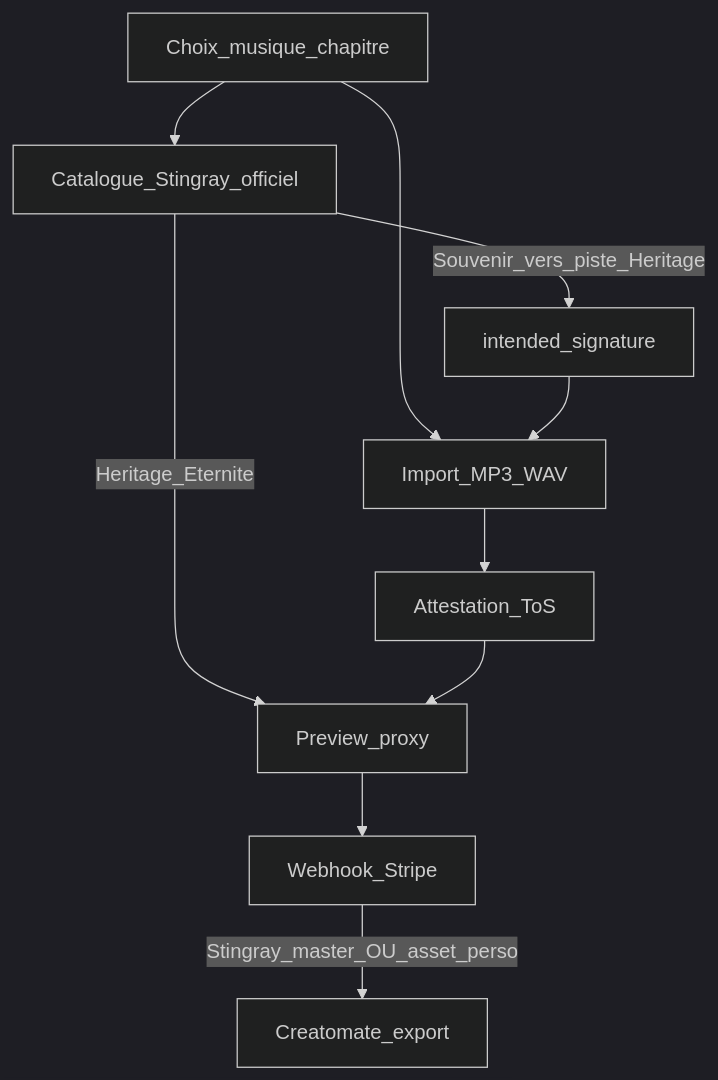
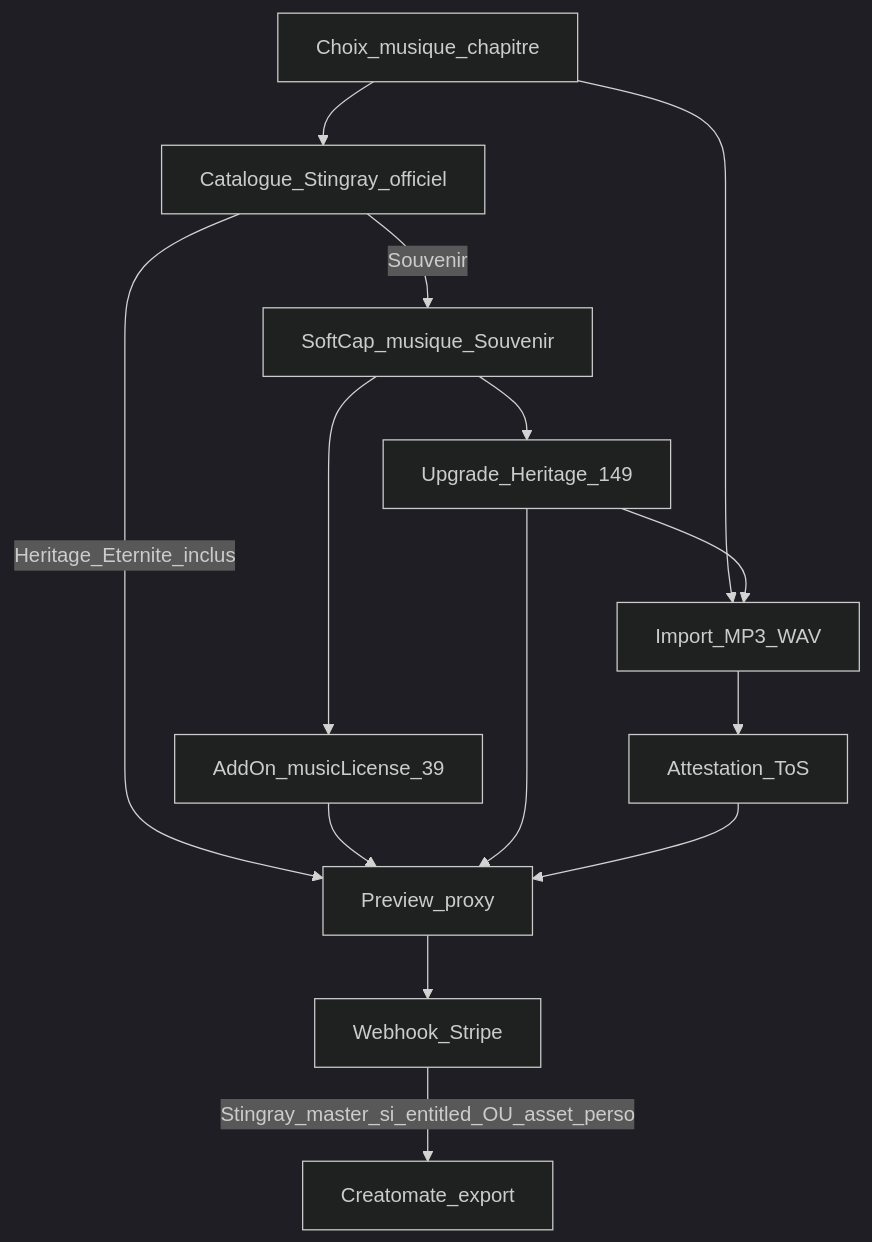
The diagram in docs/FREEMIUM_V1_PIVOT.md (Lyra-OD/odyssey-web), drawn with Mermaid (dark theme) before and after one commit. The commit also changed other lines of this file and 13 other files, not shown here.

````diff
--- a/docs/FREEMIUM_V1_PIVOT.md
+++ b/docs/FREEMIUM_V1_PIVOT.md
@@ -78,21 +112,27 @@
 ```mermaid
 flowchart TD
   SongChoice[Choix_musique_chapitre]
-  Catalog[Catalogue_Stingray_officiel]
+  CatalogOfficial[Catalogue_Stingray_officiel]
+  SoftMusic[SoftCap_musique_Souvenir]
+  Lic39[AddOn_musicLicense_39]
+  Up149[Upgrade_Heritage_149]
   Upload[Import_MP3_WAV]
-  SoftCap[intended_signature]
   ToS[Attestation_ToS]
   Preview[Preview_proxy]
   Pay[Webhook_Stripe]
   Render[Creatomate_export]
 
-  SongChoice --> Catalog
+  SongChoice --> CatalogOfficial
   SongChoice --> Upload
-  Catalog -->|"Souvenir_vers_piste_Heritage"| SoftCap
-  Catalog -->|"Heritage_Eternite"| Preview
-  SoftCap --> Upload
+  CatalogOfficial -->|"Souvenir"| SoftMusic
+  SoftMusic --> Lic39
+  SoftMusic --> Up149
+  CatalogOfficial -->|"Heritage_Eternite_inclus"| Preview
+  Lic39 --> Preview
+  Up149 --> Preview
+  Up149 --> Upload
   Upload --> ToS
   ToS --> Preview
   Preview --> Pay
-  Pay -->|"Stingray_master_OU_asset_perso"| Render
+  Pay -->|"Stingray_master_si_entitled_OU_asset_perso"| Render
 ```
````
